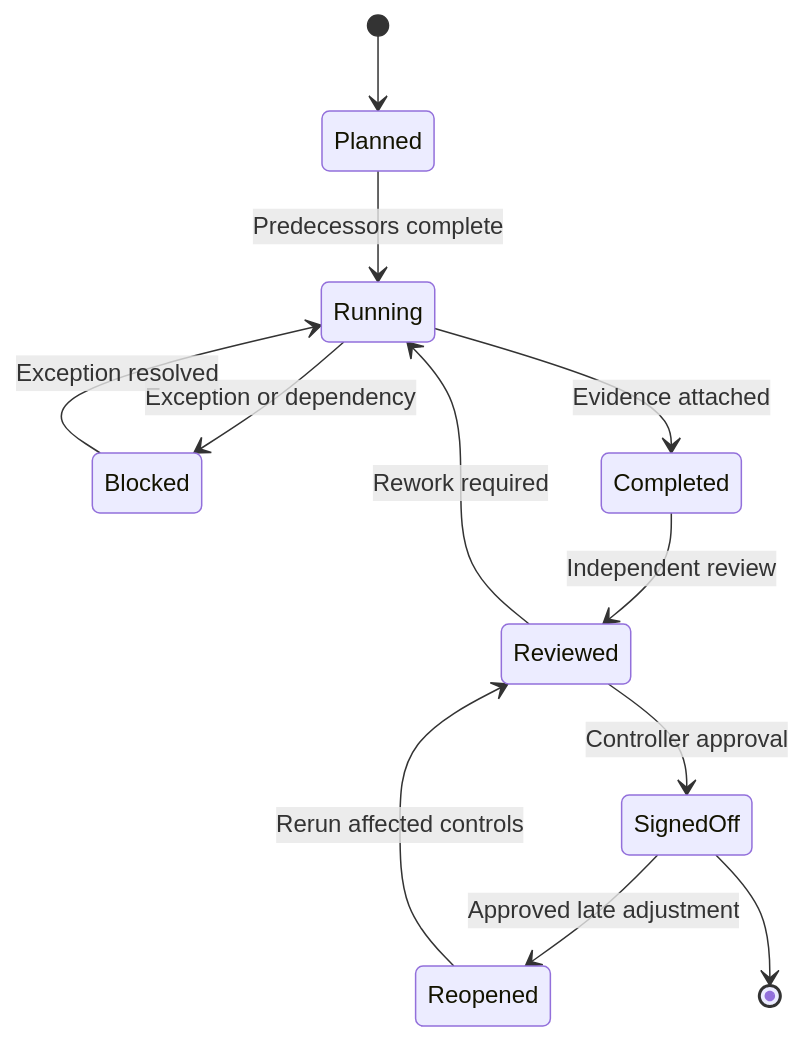
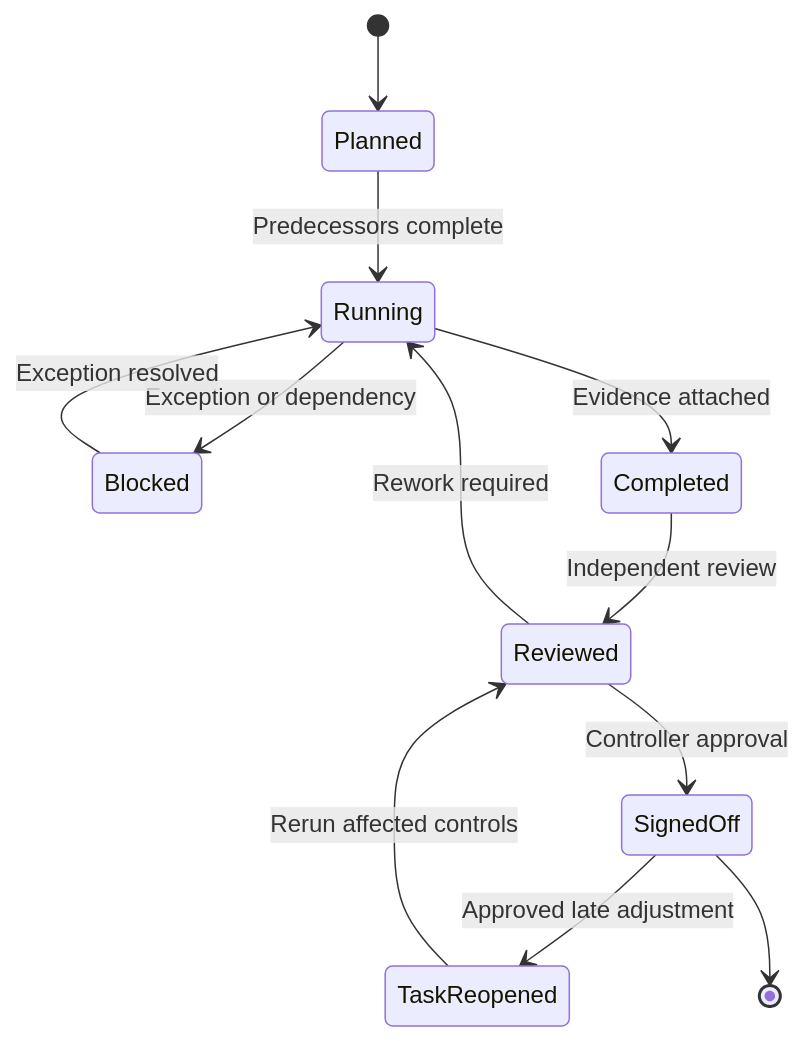
One commit to YaodongJava/oracle-ebs changed the sixth of 7 diagrams in docs/08-reporting-governance.md. Above: the diagram before and after it, drawn with Mermaid. The commit also changed other lines of this file and 1 other file, not shown here.

Commit message:
docs: refine reporting governance workflows and controls

````diff
--- a/docs/08-reporting-governance.md
+++ b/docs/08-reporting-governance.md
@@ -511,14 +675,14 @@
 ```mermaid
 stateDiagram-v2
     [*] --> Planned
     Planned --> Running: Predecessors complete
     Running --> Blocked: Exception or dependency
     Blocked --> Running: Exception resolved
     Running --> Completed: Evidence attached
     Completed --> Reviewed: Independent review
     Reviewed --> SignedOff: Controller approval
     Reviewed --> Running: Rework required
-    SignedOff --> Reopened: Approved late adjustment
-    Reopened --> Reviewed: Rerun affected controls
+    SignedOff --> TaskReopened: Approved late adjustment
+    TaskReopened --> Reviewed: Rerun affected controls
     SignedOff --> [*]
 ```
````
